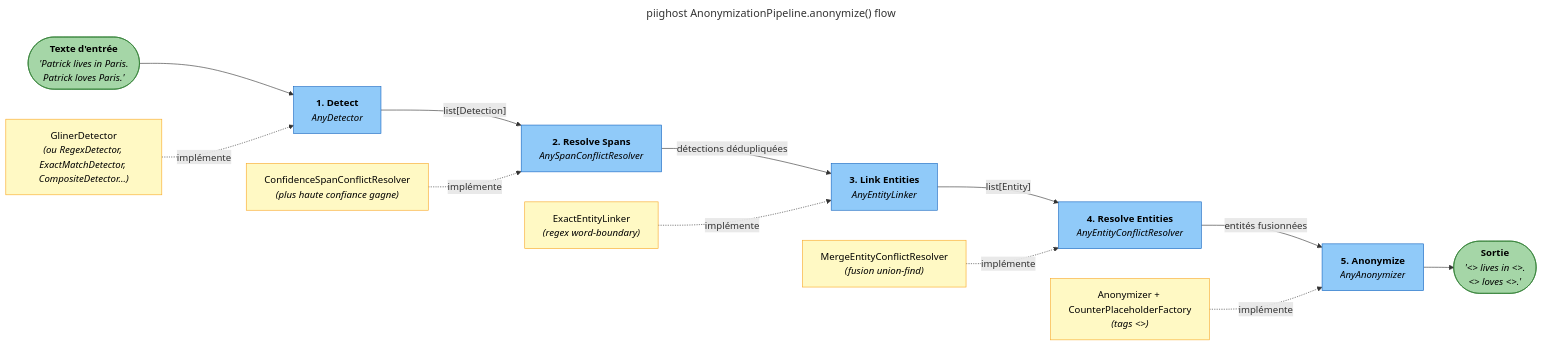
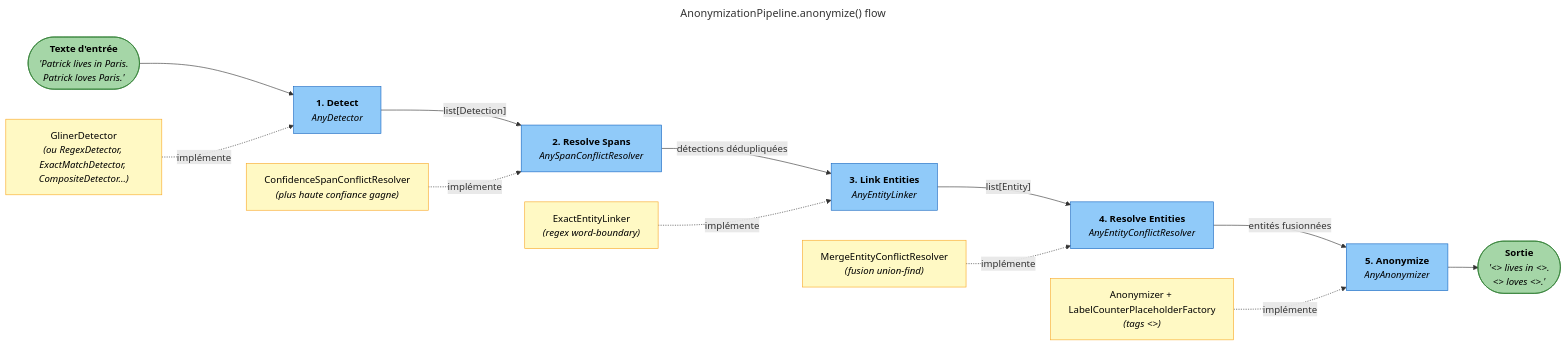
Before and after one commit to Athroniaeth/piighost: the second of 3 diagrams in README.fr.md, drawn with Mermaid. The commit also changed other lines of this file and 2 other files, not shown here.

````diff
--- a/README.fr.md
+++ b/README.fr.md
@@ -235,52 +265,52 @@
 ```mermaid
 ---
-title: "piighost AnonymizationPipeline.anonymize() flow"
+title: "AnonymizationPipeline.anonymize() flow"
 ---
 flowchart LR
     classDef stage fill:#90CAF9,stroke:#1565C0,color:#000
     classDef protocol fill:#FFF9C4,stroke:#F9A825,color:#000
     classDef data fill:#A5D6A7,stroke:#2E7D32,color:#000
 
     INPUT(["`**Texte d'entrée**
     _'Patrick lives in Paris.
     Patrick loves Paris.'_`"]):::data
 
     DETECT["`**1. Detect**
     _AnyDetector_`"]:::stage
     RESOLVE_SPANS["`**2. Resolve Spans**
     _AnySpanConflictResolver_`"]:::stage
     LINK["`**3. Link Entities**
     _AnyEntityLinker_`"]:::stage
     RESOLVE_ENTITIES["`**4. Resolve Entities**
     _AnyEntityConflictResolver_`"]:::stage
     ANONYMIZE["`**5. Anonymize**
     _AnyAnonymizer_`"]:::stage
 
     OUTPUT(["`**Sortie**
-    _'<<PERSON_1>> lives in <<LOCATION_1>>.
-    <<PERSON_1>> loves <<LOCATION_1>>.'_`"]):::data
+    _'<<PERSON:1>> lives in <<LOCATION:1>>.
+    <<PERSON:1>> loves <<LOCATION:1>>.'_`"]):::data
 
     INPUT --> DETECT
     DETECT -- "list[Detection]" --> RESOLVE_SPANS
     RESOLVE_SPANS -- "détections dédupliquées" --> LINK
     LINK -- "list[Entity]" --> RESOLVE_ENTITIES
     RESOLVE_ENTITIES -- "entités fusionnées" --> ANONYMIZE
     ANONYMIZE --> OUTPUT
 
     P_DETECT["`GlinerDetector
     _(ou RegexDetector, ExactMatchDetector, CompositeDetector…)_`"]:::protocol
     P_RESOLVE_SPANS["`ConfidenceSpanConflictResolver
     _(plus haute confiance gagne)_`"]:::protocol
     P_LINK["`ExactEntityLinker
     _(regex word-boundary)_`"]:::protocol
     P_RESOLVE_ENTITIES["`MergeEntityConflictResolver
     _(fusion union-find)_`"]:::protocol
-    P_ANONYMIZE["`Anonymizer + CounterPlaceholderFactory
-    _(tags <<LABEL_N>>)_`"]:::protocol
+    P_ANONYMIZE["`Anonymizer + LabelCounterPlaceholderFactory
+    _(tags <<LABEL:N>>)_`"]:::protocol
 
     P_DETECT -. "implémente" .-> DETECT
     P_RESOLVE_SPANS -. "implémente" .-> RESOLVE_SPANS
     P_LINK -. "implémente" .-> LINK
     P_RESOLVE_ENTITIES -. "implémente" .-> RESOLVE_ENTITIES
     P_ANONYMIZE -. "implémente" .-> ANONYMIZE
 ```
````
